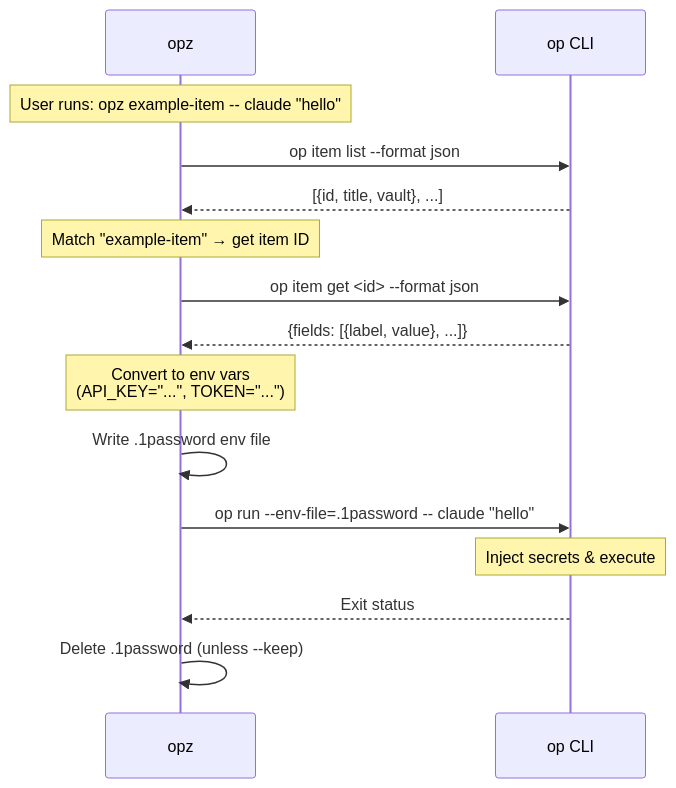
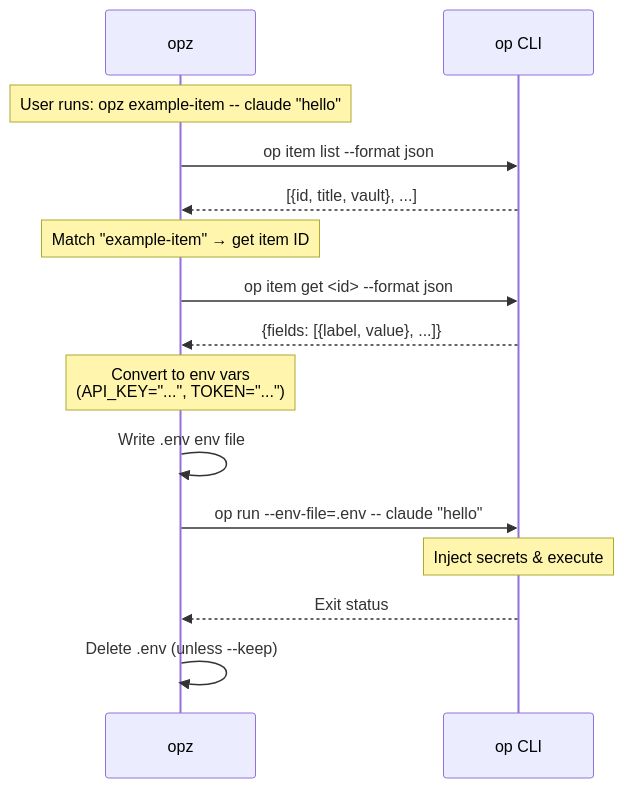
One commit to f4ah6o/opx changed the diagram in README.md. Above: the diagram before and after it, drawn with Mermaid. The commit also changed other lines of this file and 2 other files, not shown here.

Commit message:
Add env file option defaults and append handling

````diff
--- a/README.md
+++ b/README.md
@@ -72,23 +72,23 @@
 ```mermaid
 sequenceDiagram
     participant opz
     participant op as op CLI
 
     Note over opz: User runs: opz example-item -- claude "hello"
 
     opz->>op: op item list --format json
     op-->>opz: [{id, title, vault}, ...]
     Note over opz: Match "example-item" → get item ID
 
     opz->>op: op item get <id> --format json
     op-->>opz: {fields: [{label, value}, ...]}
     Note over opz: Convert to env vars<br/>(API_KEY="...", TOKEN="...")
 
-    opz->>opz: Write .1password env file
+    opz->>opz: Write .env env file
 
-    opz->>op: op run --env-file=.1password -- claude "hello"
+    opz->>op: op run --env-file=.env -- claude "hello"
     Note over op: Inject secrets & execute
     op-->>opz: Exit status
 
-    opz->>opz: Delete .1password (unless --keep)
+    opz->>opz: Delete .env (unless --keep)
 ```
````
